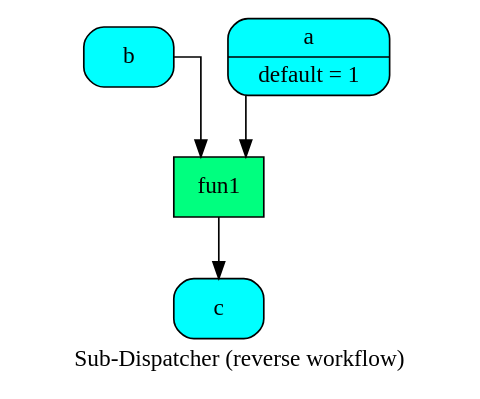
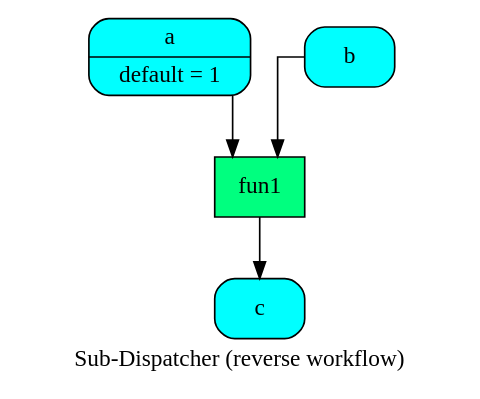
One commit to vinci1it2000/schedula changed the diagram in doc/source/dispatcher/__init__/get_sub_dsp_from_workflow/sub_dsp2.dot. Above: the diagram before and after it, drawn with Graphviz. The commit also changed 22 other files, not shown here.

```diff
--- a/doc/source/dispatcher/__init__/get_sub_dsp_from_workflow/sub_dsp2.dot
+++ b/doc/source/dispatcher/__init__/get_sub_dsp_from_workflow/sub_dsp2.dot
@@ -1,13 +1,13 @@
 digraph "Sub-Dispatcher (reverse workflow)" {
 	graph [ratio=1]
 	node [style=filled]
 	splines = ortho
 	label = "Sub-Dispatcher (reverse workflow)"
-		"Sub-Dispatcher (reverse workflow)_-7056516747543788902" [label="{ fun1  }" fillcolor=springgreen shape=record]
-		"Sub-Dispatcher (reverse workflow)_5198365931108737741" [label="{ b  }" fillcolor=cyan shape=Mrecord]
-		"Sub-Dispatcher (reverse workflow)_-7122603177858460539" [label="{ c  }" fillcolor=cyan shape=Mrecord]
-		"Sub-Dispatcher (reverse workflow)_-8678671152349271859" [label="{ a | default = 1 }" fillcolor=cyan shape=Mrecord]
-			"Sub-Dispatcher (reverse workflow)_-7056516747543788902" -> "Sub-Dispatcher (reverse workflow)_-7122603177858460539"
-			"Sub-Dispatcher (reverse workflow)_5198365931108737741" -> "Sub-Dispatcher (reverse workflow)_-7056516747543788902"
-			"Sub-Dispatcher (reverse workflow)_-8678671152349271859" -> "Sub-Dispatcher (reverse workflow)_-7056516747543788902"
+		"Sub-Dispatcher (reverse workflow)_-7776202301500148952" [label="{ a | default = 1 }" fillcolor=cyan shape=Mrecord]
+		"Sub-Dispatcher (reverse workflow)_-7791503906178856011" [label="{ fun1  }" fillcolor=springgreen shape=record]
+		"Sub-Dispatcher (reverse workflow)_1161704250910580454" [label="{ c  }" fillcolor=cyan shape=Mrecord]
+		"Sub-Dispatcher (reverse workflow)_3212931600518739037" [label="{ b  }" fillcolor=cyan shape=Mrecord]
+			"Sub-Dispatcher (reverse workflow)_-7776202301500148952" -> "Sub-Dispatcher (reverse workflow)_-7791503906178856011"
+			"Sub-Dispatcher (reverse workflow)_-7791503906178856011" -> "Sub-Dispatcher (reverse workflow)_1161704250910580454"
+			"Sub-Dispatcher (reverse workflow)_3212931600518739037" -> "Sub-Dispatcher (reverse workflow)_-7791503906178856011"
 }
```
